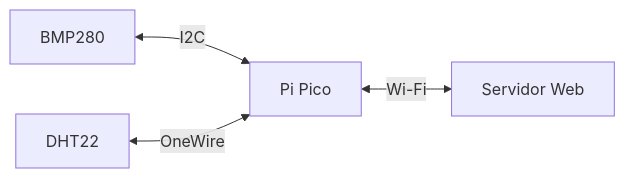
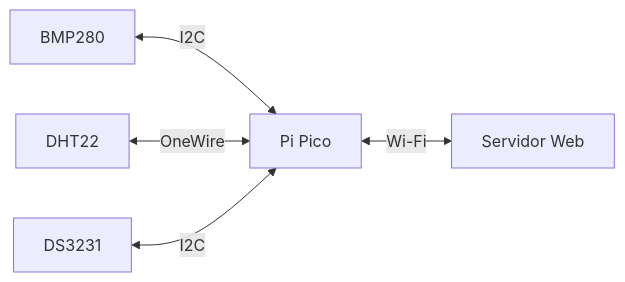
One commit to cruzmath/weather_station_Pi_pico changed the diagram in README.md. Above: the diagram before and after it, drawn with Mermaid. The commit also changed other lines of this file, not shown here.

````diff
--- a/README.md
+++ b/README.md
@@ -10,6 +10,7 @@
 ```mermaid
 graph LR
 A[Pi Pico] <-->|Wi-Fi| B[Servidor Web]
 C[BMP280] <-->|I2C| A
 D[DHT22] <-->|OneWire| A
+E[DS3231] <--> |I2C| A
 ```
````
